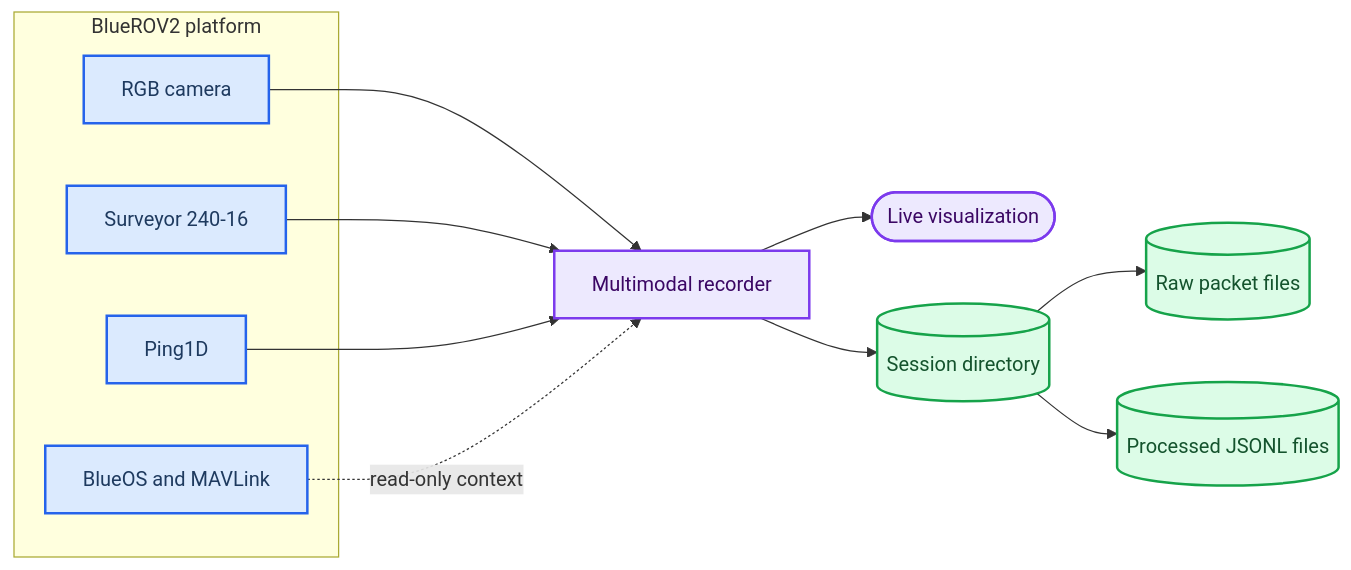
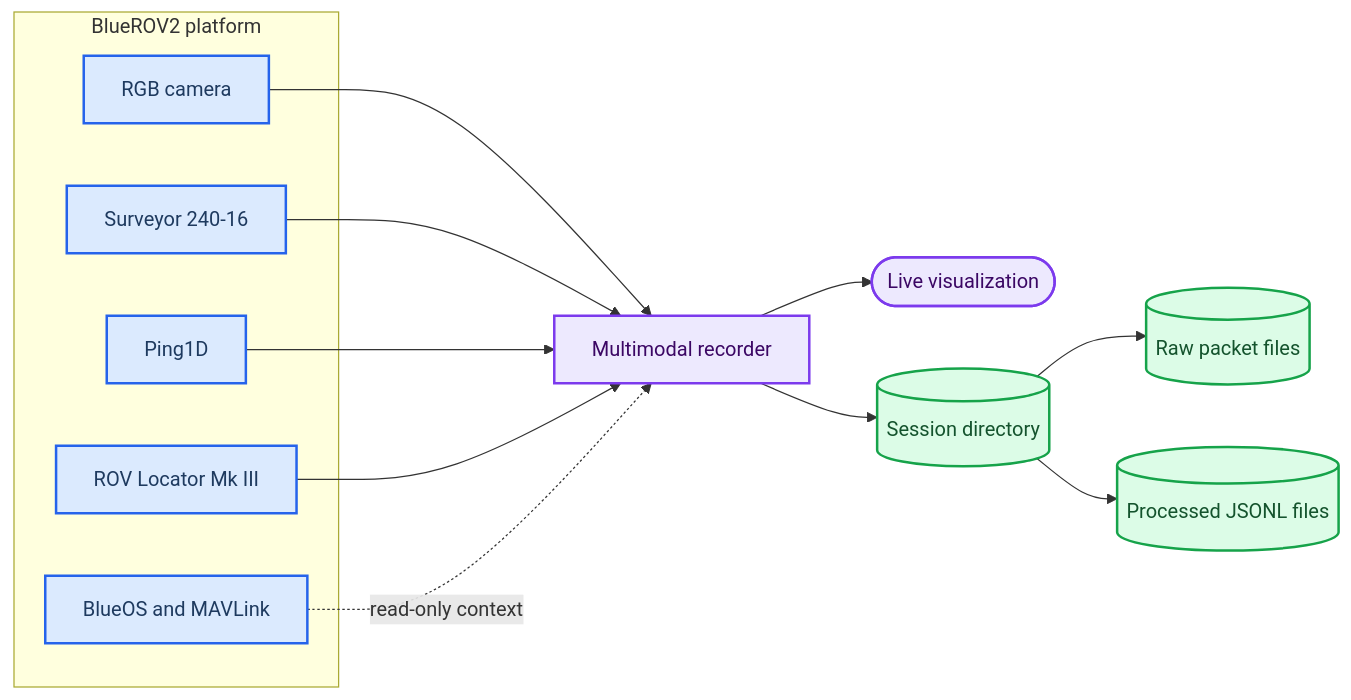
Before and after one commit to AndreaBedei1/BlueROV2MultimodalRecorder: the diagram in README.md, drawn with Mermaid. The commit also changed other lines of this file and 13 other files, not shown here.

Commit message:
Add optional ROV Locator Mk III acquisition and tracking

````diff
--- a/README.md
+++ b/README.md
@@ -29,35 +30,37 @@
 ```mermaid
 flowchart LR
     accTitle: BlueROV2 Recorder Architecture
     accDescr: Real BlueROV2 sensor streams enter one recorder process, which exposes a live visualization path and writes synchronized raw and processed session files.
 
     subgraph vehicle ["BlueROV2 platform"]
         rgb_camera[RGB camera]
         surveyor[Surveyor 240-16]
         ping1d[Ping1D]
+        rovl[ROV Locator Mk III]
         blueos[BlueOS and MAVLink]
     end
 
     recorder[Multimodal recorder]
     live([Live visualization])
     session[(Session directory)]
     raw_data[(Raw packet files)]
     processed_data[(Processed JSONL files)]
 
     rgb_camera --> recorder
     surveyor --> recorder
     ping1d --> recorder
+    rovl --> recorder
     blueos -. read-only context .-> recorder
     recorder --> live
     recorder --> session
     session --> raw_data
     session --> processed_data
 
     classDef sensor fill:#dbeafe,stroke:#2563eb,stroke-width:2px,color:#1e3a5f
     classDef process fill:#ede9fe,stroke:#7c3aed,stroke-width:2px,color:#3b0764
     classDef data fill:#dcfce7,stroke:#16a34a,stroke-width:2px,color:#14532d
 
-    class rgb_camera,surveyor,ping1d,blueos sensor
+    class rgb_camera,surveyor,ping1d,rovl,blueos sensor
     class recorder,live process
     class session,raw_data,processed_data data
 ```
````
